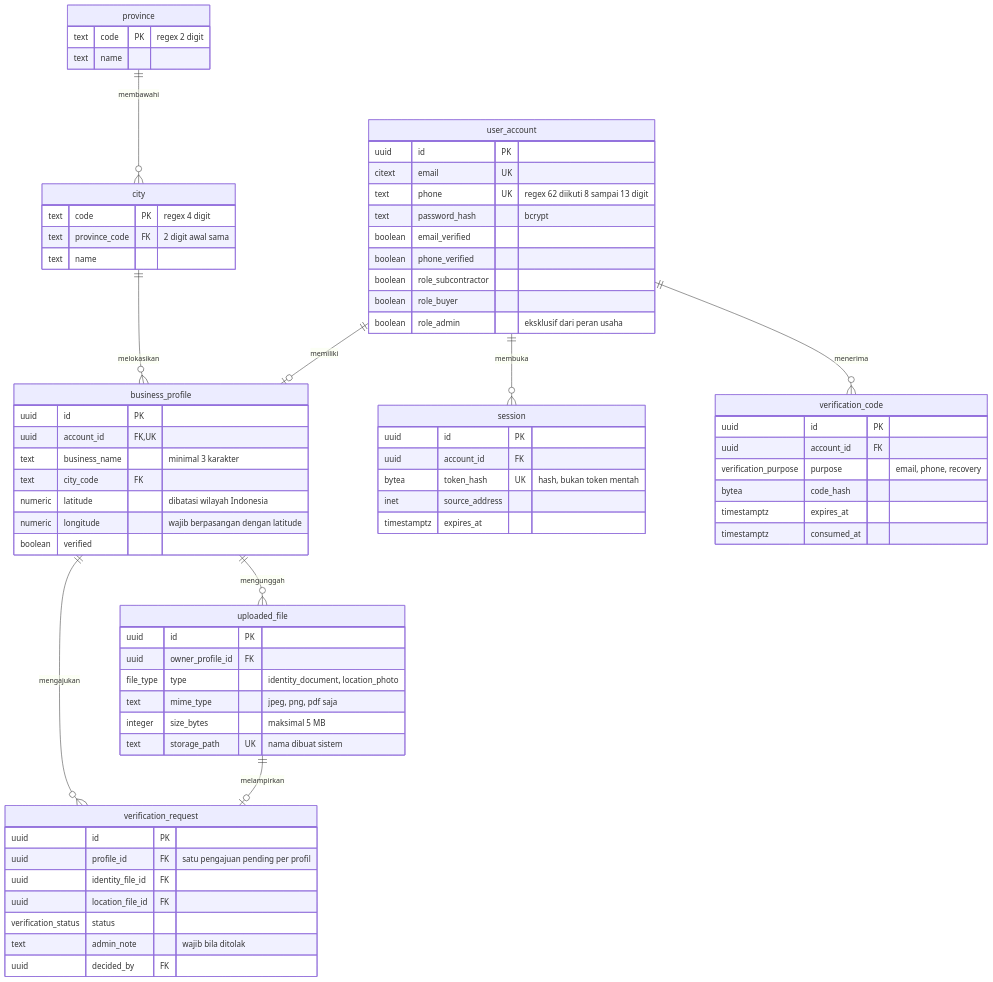
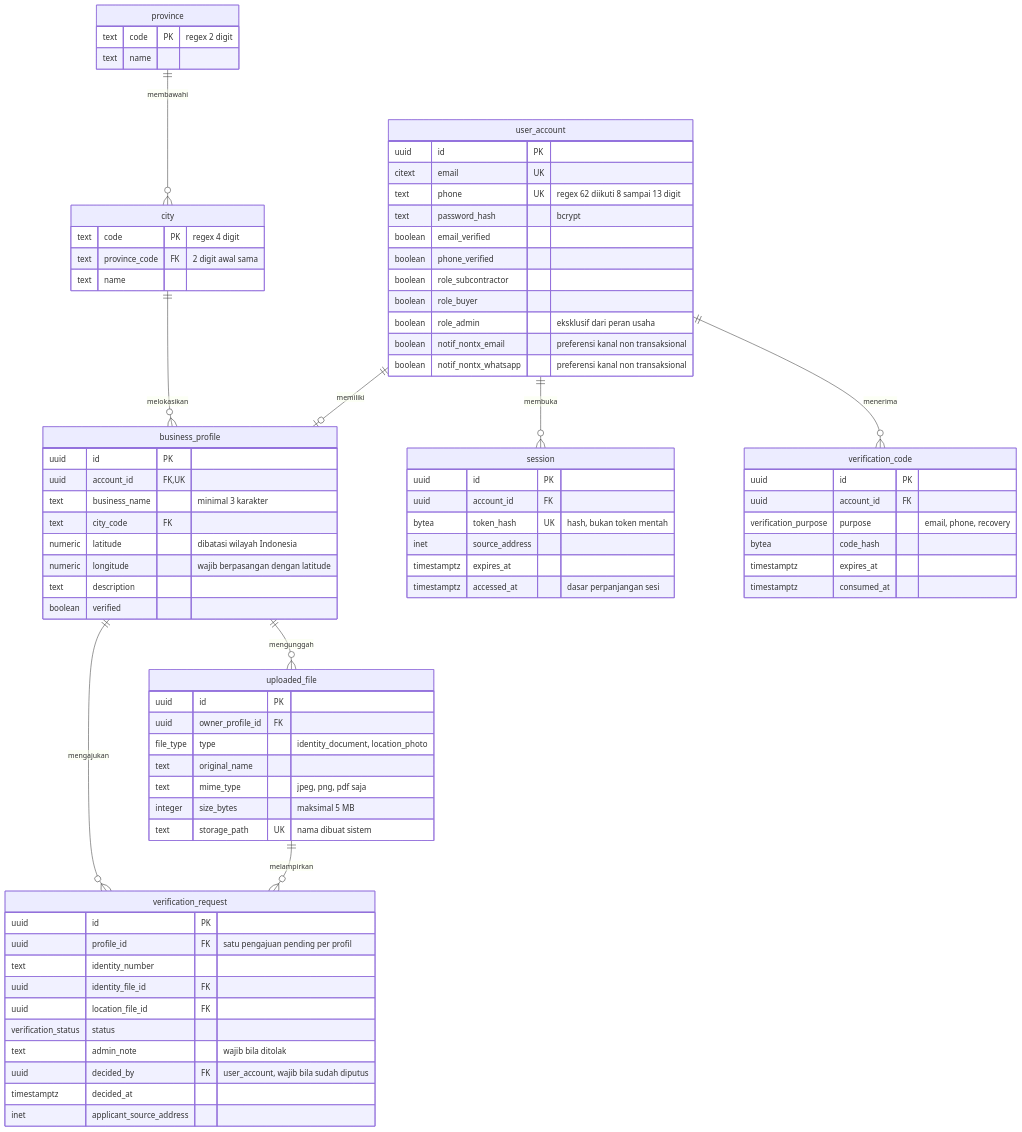
One commit to fzrilsh/devotion changed the second of 5 diagrams in README.md. Above: the diagram before and after it, drawn with Mermaid. The commit also changed other lines of this file, not shown here.

````diff
--- a/README.md
+++ b/README.md
@@ -283,73 +285,81 @@
 ```mermaid
 erDiagram
     province ||--o{ city : "membawahi"
     city ||--o{ business_profile : "melokasikan"
     user_account ||--o| business_profile : "memiliki"
     user_account ||--o{ session : "membuka"
     user_account ||--o{ verification_code : "menerima"
     business_profile ||--o{ uploaded_file : "mengunggah"
     business_profile ||--o{ verification_request : "mengajukan"
-    uploaded_file ||--o| verification_request : "melampirkan"
+    uploaded_file ||--o{ verification_request : "melampirkan"
 
     province {
         text code PK "regex 2 digit"
         text name
     }
     city {
         text code PK "regex 4 digit"
         text province_code FK "2 digit awal sama"
         text name
     }
     user_account {
         uuid id PK
         citext email UK
         text phone UK "regex 62 diikuti 8 sampai 13 digit"
         text password_hash "bcrypt"
         boolean email_verified
         boolean phone_verified
         boolean role_subcontractor
         boolean role_buyer
         boolean role_admin "eksklusif dari peran usaha"
+        boolean notif_nontx_email "preferensi kanal non transaksional"
+        boolean notif_nontx_whatsapp "preferensi kanal non transaksional"
     }
     business_profile {
         uuid id PK
         uuid account_id FK,UK
         text business_name "minimal 3 karakter"
         text city_code FK
         numeric latitude "dibatasi wilayah Indonesia"
         numeric longitude "wajib berpasangan dengan latitude"
+        text description
         boolean verified
     }
     session {
         uuid id PK
         uuid account_id FK
         bytea token_hash UK "hash, bukan token mentah"
         inet source_address
         timestamptz expires_at
+        timestamptz accessed_at "dasar perpanjangan sesi"
     }
     verification_code {
         uuid id PK
         uuid account_id FK
         verification_purpose purpose "email, phone, recovery"
         bytea code_hash
         timestamptz expires_at
         timestamptz consumed_at
     }
     uploaded_file {
         uuid id PK
         uuid owner_profile_id FK
         file_type type "identity_document, location_photo"
+        text original_name
         text mime_type "jpeg, png, pdf saja"
         integer size_bytes "maksimal 5 MB"
         text storage_path UK "nama dibuat sistem"
     }
     verification_request {
         uuid id PK
         uuid profile_id FK "satu pengajuan pending per profil"
+        text identity_number
         uuid identity_file_id FK
         uuid location_file_id FK
         verification_status status
         text admin_note "wajib bila ditolak"
-        uuid decided_by FK
+        uuid decided_by FK "user_account, wajib bila sudah diputus"
+        timestamptz decided_at
+        inet applicant_source_address
     }
 ```
````
